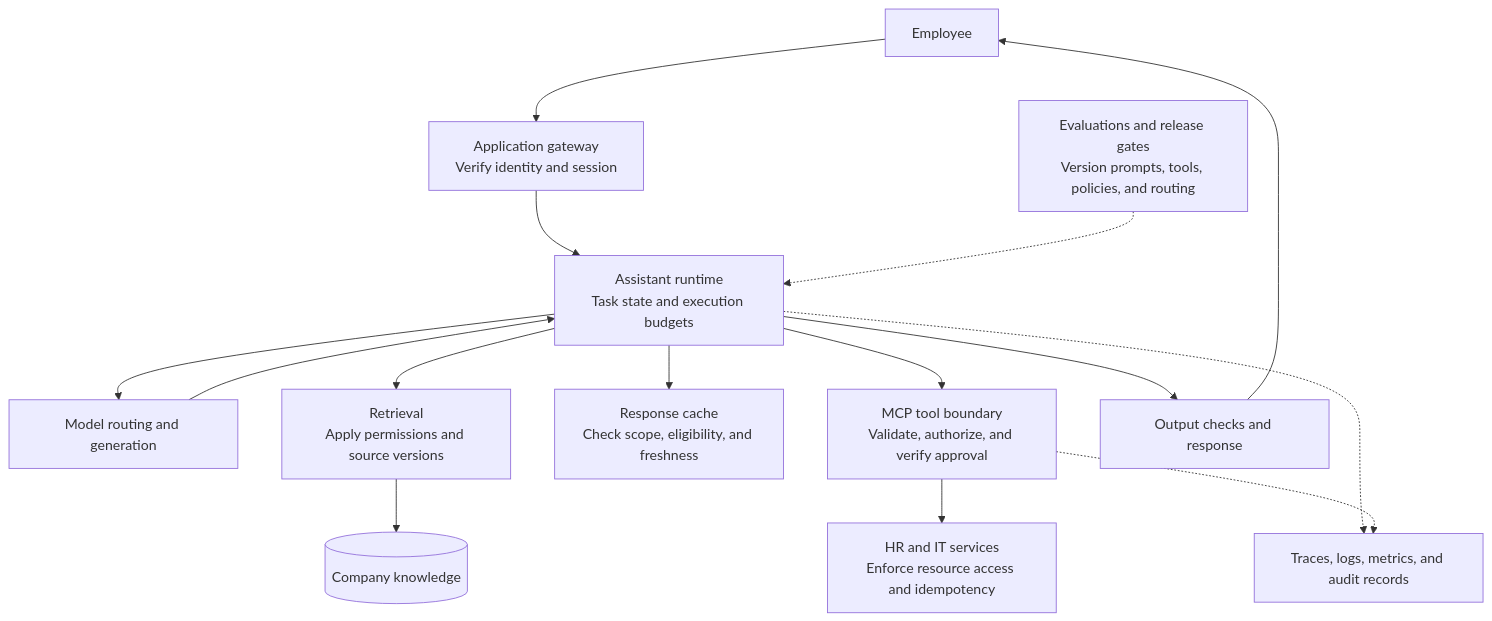
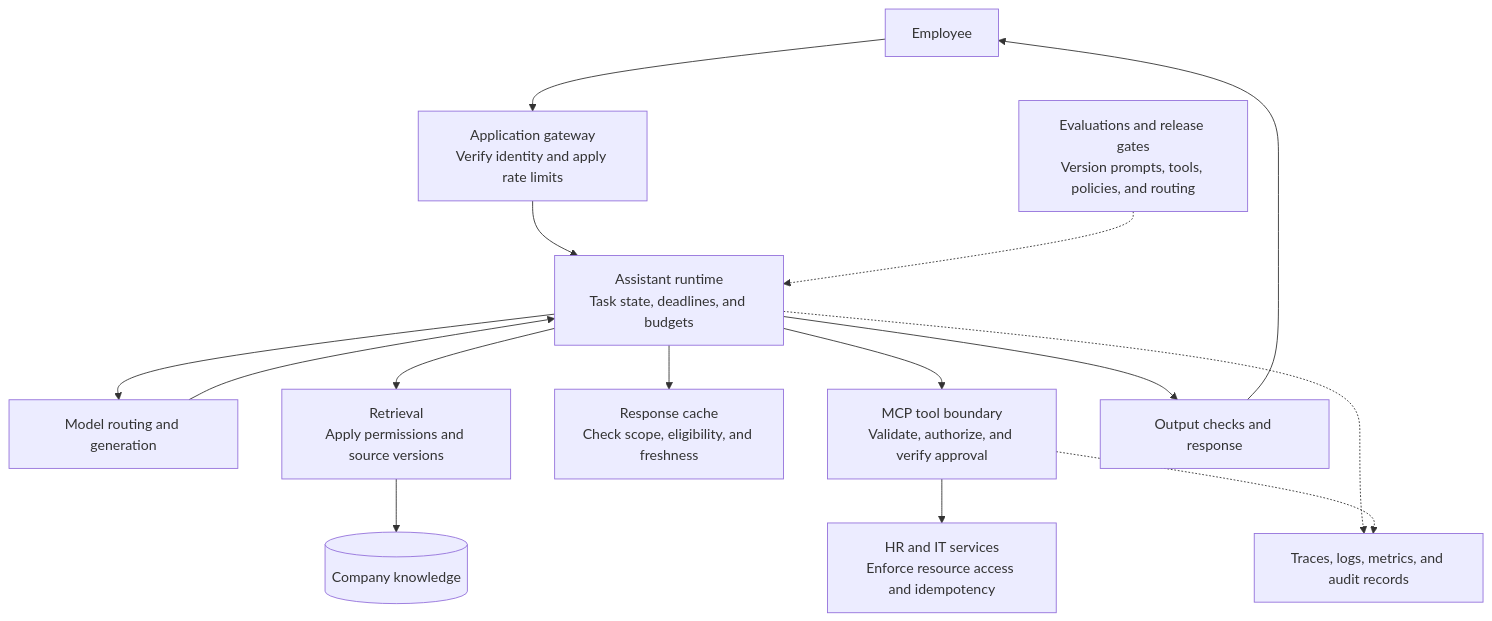
The diagram in enterprise-ai-assistant/assets/assistant-architecture.mmd (satyampsoni/blogs.md), drawn with Mermaid before and after one commit. The commit also changed 5 other files, not shown here.

```diff
--- a/enterprise-ai-assistant/assets/assistant-architecture.mmd
+++ b/enterprise-ai-assistant/assets/assistant-architecture.mmd
@@ -1,15 +1,15 @@
 flowchart TB
-    U[Employee] --> G[Application gateway<br/>Verify identity and session]
-    G --> R[Assistant runtime<br/>Task state and execution budgets]
+    U[Employee] --> G[Application gateway<br/>Verify identity and apply rate limits]
+    G --> R[Assistant runtime<br/>Task state, deadlines, and budgets]
     R --> M[Model routing and generation]
     M --> R
     R --> K[Retrieval<br/>Apply permissions and source versions]
     K --> D[(Company knowledge)]
     R --> C[Response cache<br/>Check scope, eligibility, and freshness]
     R --> T[MCP tool boundary<br/>Validate, authorize, and verify approval]
     T --> B[HR and IT services<br/>Enforce resource access and idempotency]
     R --> O[Output checks and response]
     O --> U
     V[Evaluations and release gates<br/>Version prompts, tools, policies, and routing] -.-> R
     R -.-> A[Traces, logs, metrics, and audit records]
     T -.-> A
```
